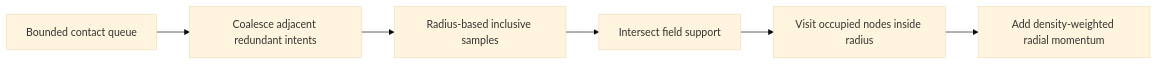
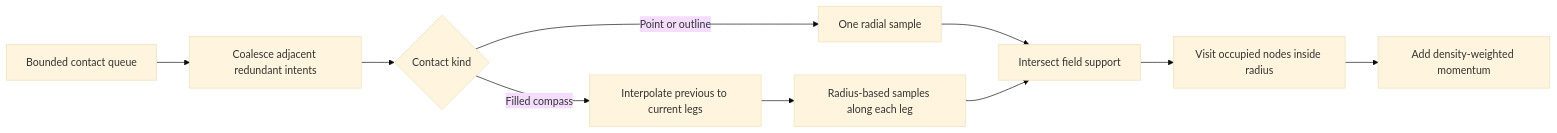
The fifth of 5 diagrams in docs/wiki/Guides/ParticleSystem.md (derekshoneycutt/Euclid), drawn with Mermaid (base theme) before and after one commit. The commit also changed other lines of this file and 10 other files, not shown here.

Commit message:
Fix compass sweeps on filled circle drawing

````diff
--- a/docs/wiki/Guides/ParticleSystem.md
+++ b/docs/wiki/Guides/ParticleSystem.md
@@ -175,8 +179,12 @@
 ```mermaid
 flowchart LR
     Queue[Bounded contact queue] --> Coalesce[Coalesce adjacent redundant intents]
-    Coalesce --> Sample[Radius-based inclusive samples]
+    Coalesce --> Kind{Contact kind}
+    Kind -->|Point or outline| Point[One radial sample]
+    Kind -->|Filled compass| Legs[Interpolate previous to current legs]
+    Legs --> Sample[Radius-based samples along each leg]
+    Point --> Bounds[Intersect field support]
     Sample --> Bounds[Intersect field support]
     Bounds --> Occupied[Visit occupied nodes inside radius]
-    Occupied --> Momentum[Add density-weighted radial momentum]
+    Occupied --> Momentum[Add density-weighted momentum]
 ```
````
